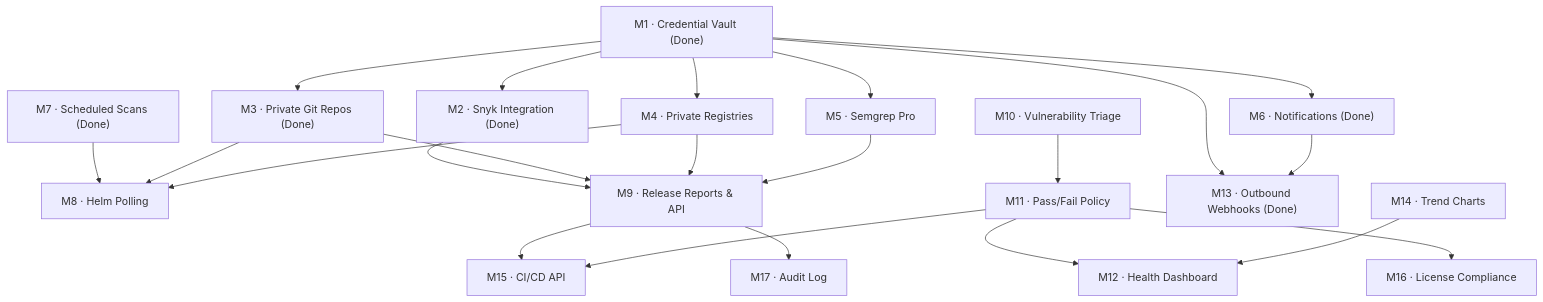
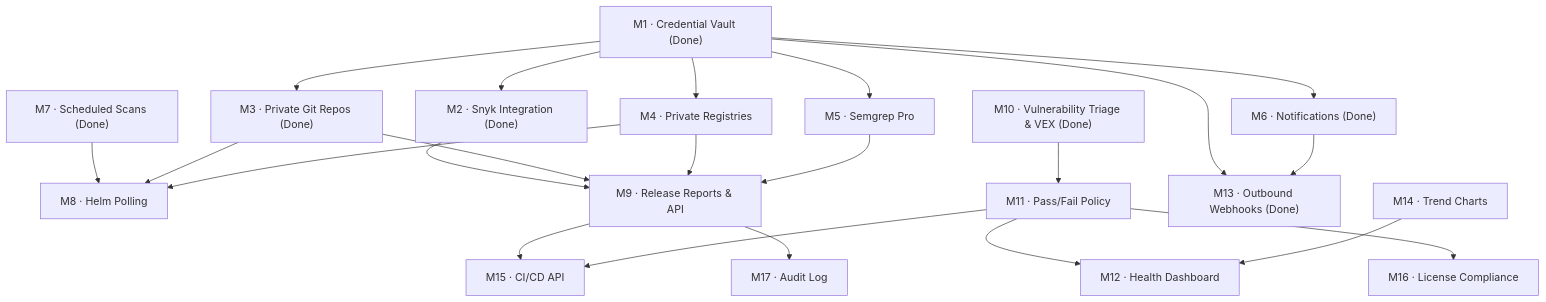
One commit to kajuberdut/ROVER changed the diagram in okf-vault/40_indices/roadmap-moc.md. Above: the diagram before and after it, drawn with Mermaid. The commit also changed other lines of this file and 33 other files, not shown here.

First line of the commit message:
feat(vex): add OpenVEX generator, SBOM triage, and consolidated schema

````diff
--- a/okf-vault/40_indices/roadmap-moc.md
+++ b/okf-vault/40_indices/roadmap-moc.md
@@ -37,42 +37,42 @@
 ```mermaid
 graph TD
     M1["M1 · Credential Vault (Done)"]
     M2["M2 · Snyk Integration (Done)"]
     M3["M3 · Private Git Repos (Done)"]
     M4["M4 · Private Registries"]
     M5["M5 · Semgrep Pro"]
     M6["M6 · Notifications (Done)"]
     M7["M7 · Scheduled Scans (Done)"]
     M8["M8 · Helm Polling"]
     M9["M9 · Release Reports & API"]
-    M10["M10 · Vulnerability Triage"]
+    M10["M10 · Vulnerability Triage & VEX (Done)"]
     M11["M11 · Pass/Fail Policy"]
     M12["M12 · Health Dashboard"]
     M13["M13 · Outbound Webhooks (Done)"]
     M14["M14 · Trend Charts"]
     M15["M15 · CI/CD API"]
     M16["M16 · License Compliance"]
     M17["M17 · Audit Log"]
 
     M1 --> M2
     M1 --> M3
     M1 --> M4
     M1 --> M5
     M1 --> M6
     M1 --> M13
     M7 --> M8
     M3 --> M8
     M4 --> M8
     M2 --> M9
     M3 --> M9
     M4 --> M9
     M5 --> M9
     M10 --> M11
     M11 --> M12
     M14 --> M12
     M9 --> M15
     M11 --> M15
     M6 --> M13
     M11 --> M16
     M9 --> M17
 ```
````
